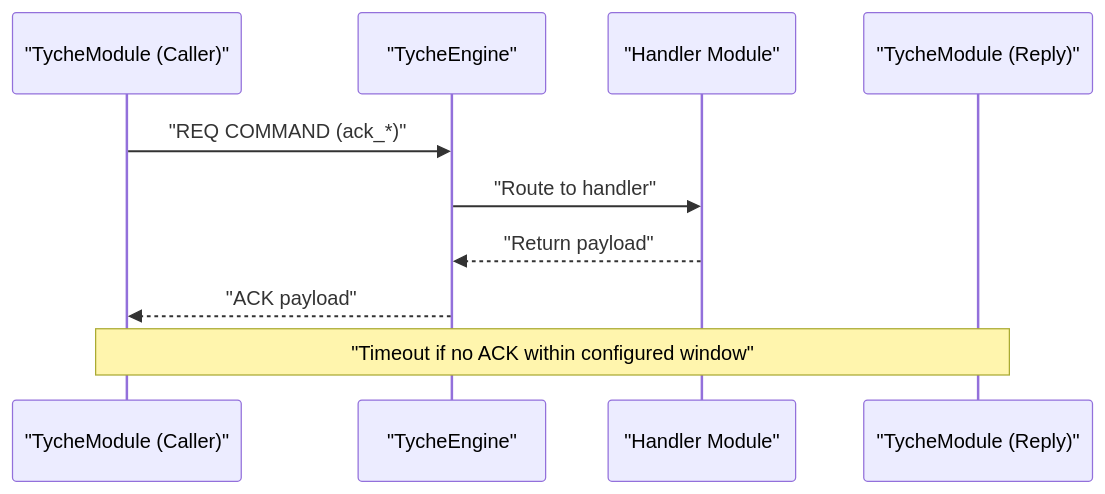
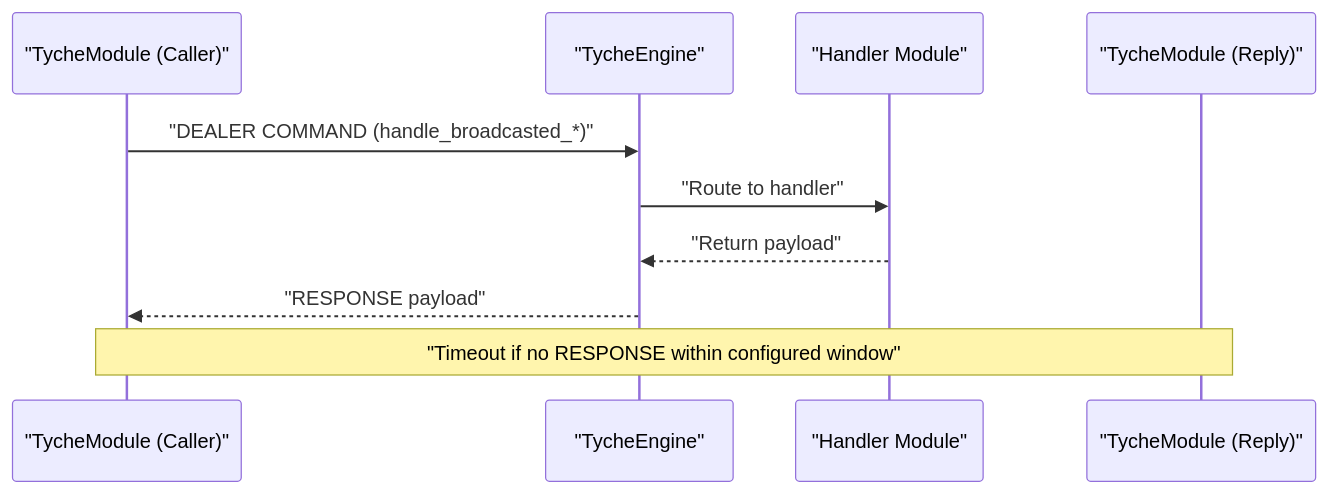
Before and after one commit to zt281/TycheEngine: the fourth of 7 diagrams in .qoder/repowiki/en/content/Communication Patterns/Communication Patterns.md, drawn with Mermaid. The commit also changed other lines of this file and 11 other files, not shown here.

````diff
--- a/.qoder/repowiki/en/content/Communication Patterns/Communication Patterns.md
+++ b/.qoder/repowiki/en/content/Communication Patterns/Communication Patterns.md
@@ -213,12 +225,12 @@
 ```mermaid
 sequenceDiagram
 participant Caller as "TycheModule (Caller)"
 participant Eng as "TycheEngine"
 participant Handler as "Handler Module"
 participant Reply as "TycheModule (Reply)"
-Caller->>Eng : "REQ COMMAND (ack_*)"
+Caller->>Eng : "DEALER COMMAND (handle_broadcasted_*)"
 Eng->>Handler : "Route to handler"
 Handler-->>Eng : "Return payload"
-Eng-->>Caller : "ACK payload"
-Note over Caller,Reply : "Timeout if no ACK within configured window"
+Eng-->>Caller : "RESPONSE payload"
+Note over Caller,Reply : "Timeout if no RESPONSE within configured window"
 ```
````
